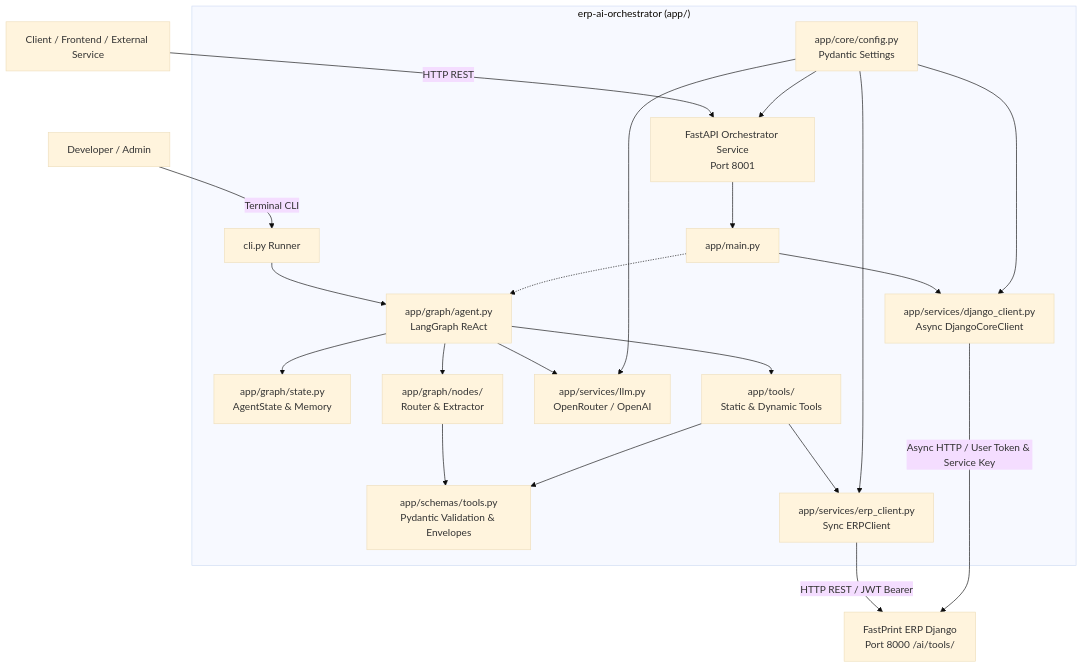
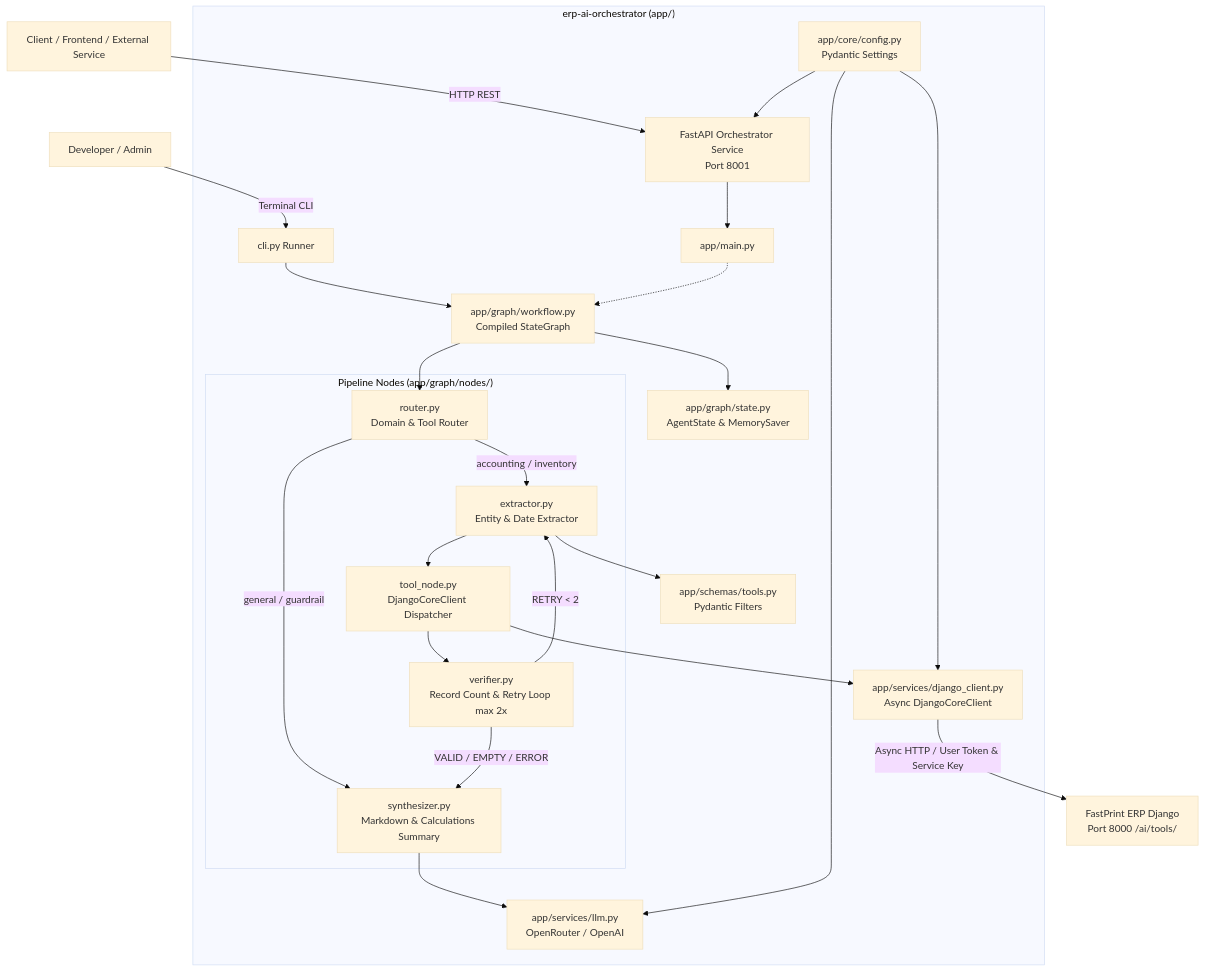
One commit to ReynaldiRP/erp-langgraph changed the diagram in README.md. Above: the diagram before and after it, drawn with Mermaid (base theme). The commit also changed other lines of this file and 6 other files, not shown here.

Commit message:
feat: implement synthesizer node and stategraph workflow compilation (TASK-4.5, TASK-4.6)

````diff
--- a/README.md
+++ b/README.md
@@ -9,29 +9,39 @@
 ```mermaid
 graph TD
     Client[Client / Frontend / External Service] -->|HTTP REST| API[FastAPI Orchestrator Service<br/>Port 8001]
     Terminal[Developer / Admin] -->|Terminal CLI| CLI[cli.py Runner]
     
     subgraph "erp-ai-orchestrator (app/)"
         API --> AppMain[app/main.py]
-        CLI --> AgentGraph[app/graph/agent.py<br/>LangGraph ReAct]
-        AppMain -.-> AgentGraph
+        CLI --> Workflow[app/graph/workflow.py<br/>Compiled StateGraph]
+        AppMain -.-> Workflow
         
-        AgentGraph --> State[app/graph/state.py<br/>AgentState & Memory]
-        AgentGraph --> Nodes[app/graph/nodes/<br/>Router & Extractor]
-        AgentGraph --> LLM[app/services/llm.py<br/>OpenRouter / OpenAI]
-        AgentGraph --> Tools[app/tools/<br/>Static & Dynamic Tools]
+        Workflow --> State[app/graph/state.py<br/>AgentState & MemorySaver]
         
-        Nodes --> Schemas
-        Tools --> Schemas[app/schemas/tools.py<br/>Pydantic Validation & Envelopes]
-        Tools --> SyncClient[app/services/erp_client.py<br/>Sync ERPClient]
-        AppMain --> AsyncClient[app/services/django_client.py<br/>Async DjangoCoreClient]
+        subgraph "Pipeline Nodes (app/graph/nodes/)"
+            Router[router.py<br/>Domain & Tool Router]
+            Extractor[extractor.py<br/>Entity & Date Extractor]
+            ToolNode[tool_node.py<br/>DjangoCoreClient Dispatcher]
+            Verifier[verifier.py<br/>Record Count & Retry Loop max 2x]
+            Synthesizer[synthesizer.py<br/>Markdown & Calculations Summary]
+        end
+        
+        Workflow --> Router
+        Router -->|accounting / inventory| Extractor
+        Router -->|general / guardrail| Synthesizer
+        Extractor --> ToolNode
+        ToolNode --> Verifier
+        Verifier -->|RETRY < 2| Extractor
+        Verifier -->|VALID / EMPTY / ERROR| Synthesizer
+        
+        Extractor --> Schemas[app/schemas/tools.py<br/>Pydantic Filters]
+        ToolNode --> AsyncClient[app/services/django_client.py<br/>Async DjangoCoreClient]
+        Synthesizer --> LLM[app/services/llm.py<br/>OpenRouter / OpenAI]
         
         Config[app/core/config.py<br/>Pydantic Settings] --> API
-        Config --> SyncClient
         Config --> AsyncClient
         Config --> LLM
     end
     
-    SyncClient -->|HTTP REST / JWT Bearer| ERP[FastPrint ERP Django<br/>Port 8000 /ai/tools/]
-    AsyncClient -->|Async HTTP / User Token & Service Key| ERP
+    AsyncClient -->|Async HTTP / User Token & Service Key| ERP[FastPrint ERP Django<br/>Port 8000 /ai/tools/]
 ```
````
